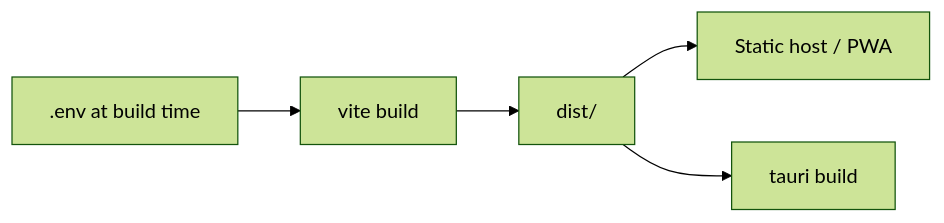
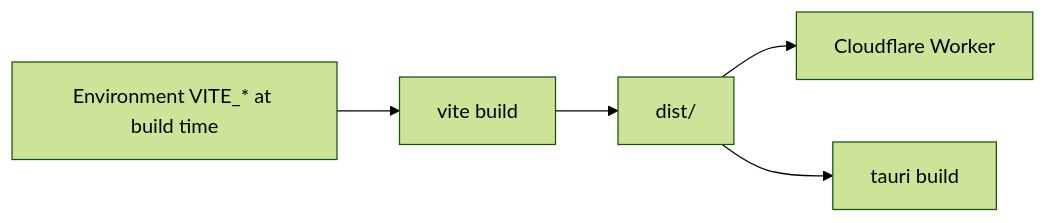
Before and after one commit to kwami-labs/kwami-app: the diagram in docs/guides/releasing.md, drawn with Mermaid (forest theme). The commit also changed other lines of this file and 24 other files, not shown here.

````diff
--- a/docs/guides/releasing.md
+++ b/docs/guides/releasing.md
@@ -28,7 +23,7 @@
 ```mermaid
 flowchart LR
-  Env[".env at build time"] --> Vite[vite build]
+  Env["Environment VITE_* at build time"] --> Vite[vite build]
   Vite --> Dist[dist/]
-  Dist --> Web[Static host / PWA]
+  Dist --> Worker[Cloudflare Worker]
   Dist --> Tauri[tauri build]
 ```
````
